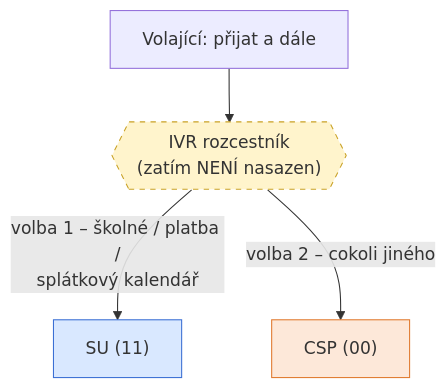
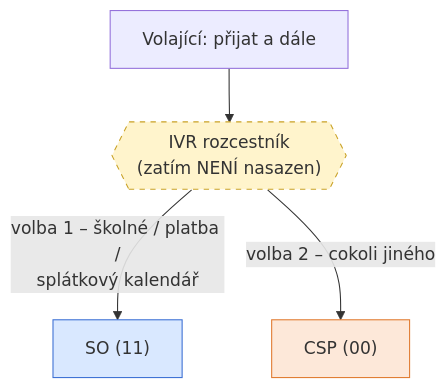
The second of 5 diagrams in diagramy/smerovani-prichozich-hovoru.md (HanzCZ/ETKmanualy), drawn with Mermaid before and after one commit. The commit also changed other lines of this file, not shown here.

````diff
--- a/diagramy/smerovani-prichozich-hovoru.md
+++ b/diagramy/smerovani-prichozich-hovoru.md
@@ -46,10 +46,10 @@
 ```mermaid
 flowchart TD
     PRIJAT["Volající: přijat a dále"] --> IVR{{"IVR rozcestník<br>(zatím NENÍ nasazen)"}}
-    IVR -- "volba 1 – školné / platba /<br>splátkový kalendář" --> SU["SU (11)"]
+    IVR -- "volba 1 – školné / platba /<br>splátkový kalendář" --> SO["SO (11)"]
     IVR -- "volba 2 – cokoli jiného" --> CSP["CSP (00)"]
 
     style IVR fill:#fff4cc,stroke:#c9a227,stroke-dasharray: 5 5
-    style SU fill:#d9e8ff,stroke:#3b6fd4
+    style SO fill:#d9e8ff,stroke:#3b6fd4
     style CSP fill:#fde8d9,stroke:#e07a2f
 ```
````
